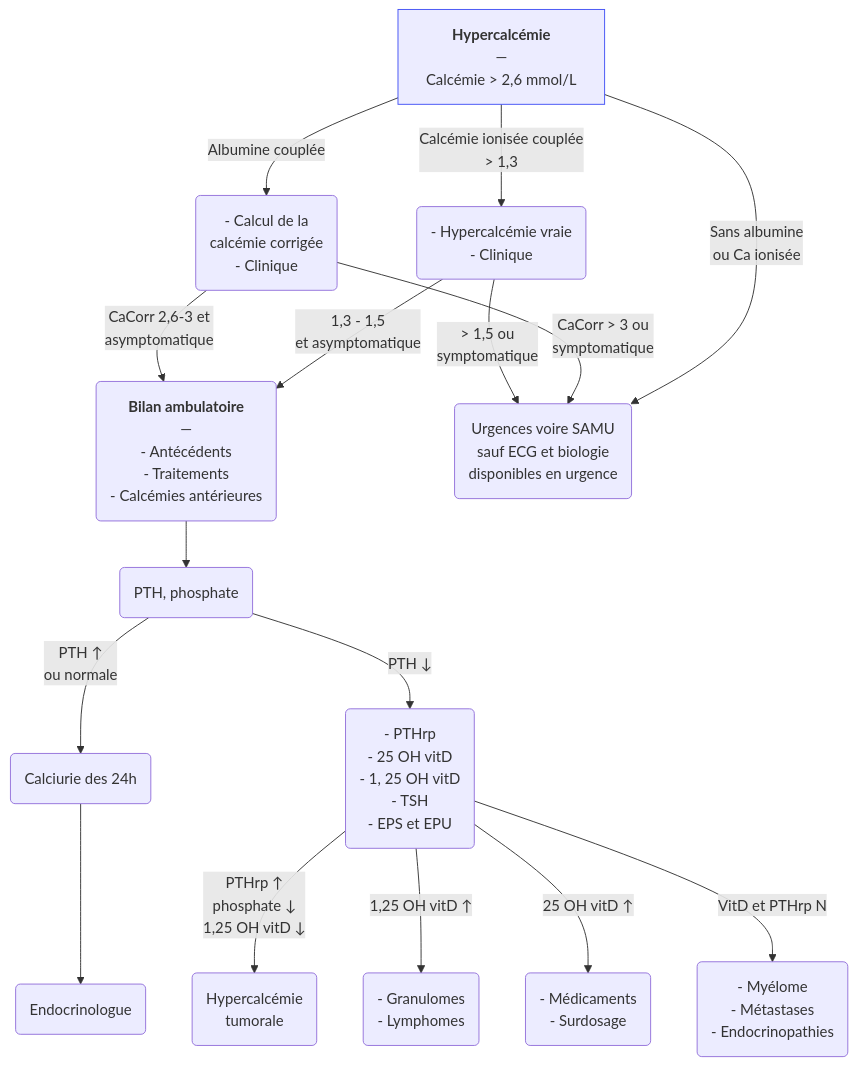
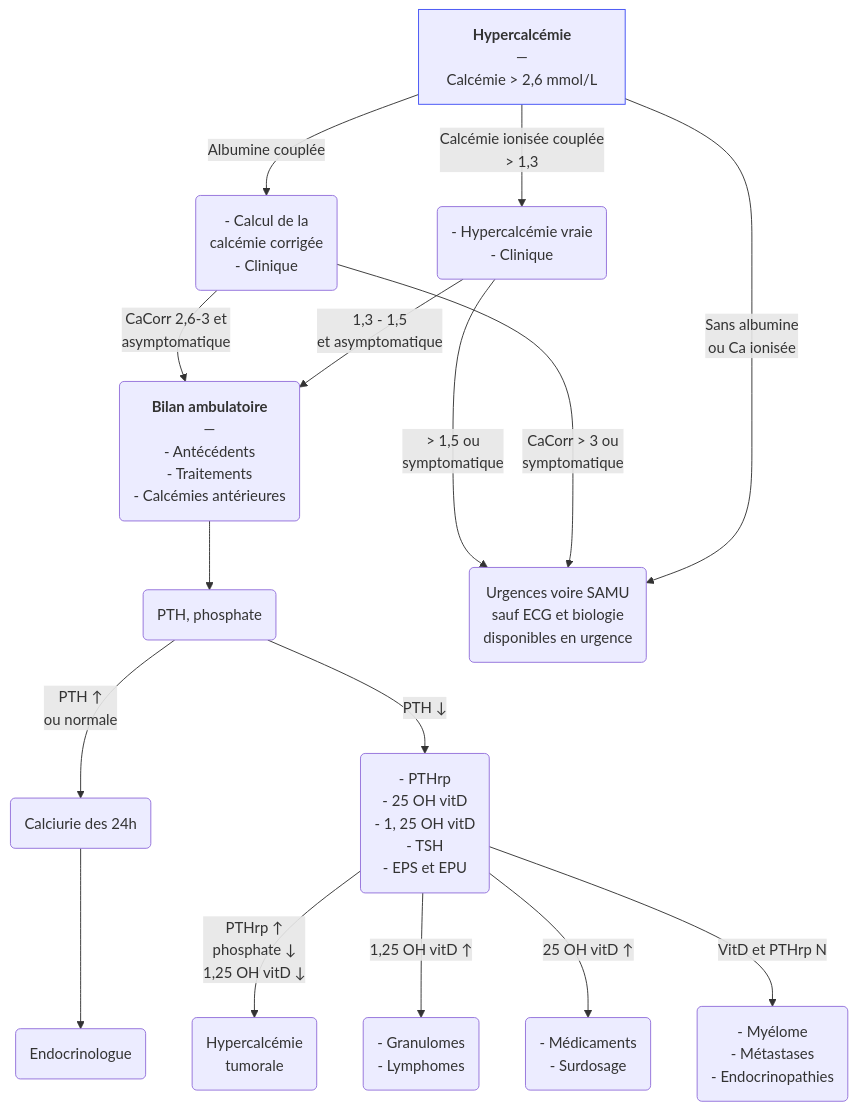
Before and after one commit to djibe/recommandations-medicales: the diagram in content/recommandations/hypercalcemie.md, drawn with Mermaid. The commit also changed other lines of this file, not shown here.

Commit message:
Improve flow readability

```diff
--- a/content/recommandations/hypercalcemie.md
+++ b/content/recommandations/hypercalcemie.md
@@ -205,13 +205,13 @@
 {{< mermaid title="Prise en charge d'une hypercalcémie par le médecin généraliste. Dr JB Fron d'après Collèges" >}}
 graph TB
   hypercalcémie["<b>Hypercalcémie</b><br>—<br>Calcémie &gt; 2,6 mmol/L"] -- Albumine couplée --> corrigée("- Calcul de la <br>calcémie corrigée<br>- Clinique") -- "CaCorr 2,6-3 et<br>asymptomatique" --> ambulatoire("<b>Bilan ambulatoire</b><br>—<br>- Antécédents<br>- Traitements<br>- Calcémies antérieures") --> bilan("PTH, phosphate") -- "PTH ↑<br>ou normale" --> calciurie(Calciurie des 24h) --> endocrinologue(Endocrinologue)
   bilan -- PTH ↓ --> complémentaire("- PTHrp<br>- 25 OH vitD<br>- 1, 25 OH vitD<br>- TSH<br>- EPS et EPU") -- "PTHrp ↑<br>phosphate ↓<br>1,25 OH vitD ↓" --> cancer("Hypercalcémie<br>tumorale")
-    hypercalcémie -- "Calcémie ionisée couplée<br>&gt; 1,3" --> ionisée("- Hypercalcémie vraie<br>- Clinique") -- "&gt; 1,5 ou<br>symptomatique" --> urgences("Urgences voire SAMU<br>sauf ECG et biologie<br>disponibles en urgence")
-      corrigée -- "CaCorr &gt; 3 ou<br>symptomatique" --> urgences
-    hypercalcémie -- "Sans albumine<br>ou Ca ionisée" --> urgences
+    hypercalcémie -- "Calcémie ionisée couplée<br>&gt; 1,3" --> ionisée("- Hypercalcémie vraie<br>- Clinique") -- "&gt; 1,5 ou<br>symptomatique" ---> urgences("Urgences voire SAMU<br>sauf ECG et biologie<br>disponibles en urgence")
+      corrigée -- "CaCorr &gt; 3 ou<br>symptomatique" ---> urgences
+    hypercalcémie -- "Sans albumine<br>ou Ca ionisée" ---> urgences
       ionisée -- "1,3 - 1,5<br> et asymptomatique" --> ambulatoire
         complémentaire -- "1,25 OH vitD ↑" --> granulome("- Granulomes<br>- Lymphomes")
         complémentaire -- "25 OH vitD ↑" --> médicament("- Médicaments<br>- Surdosage")
         complémentaire -- "VitD et PTHrp N" --> myélome("- Myélome<br>- Métastases<br>- Endocrinopathies")
   style hypercalcémie stroke:#4150f5, stroke-width:1px
 {{< /mermaid >}}
```
